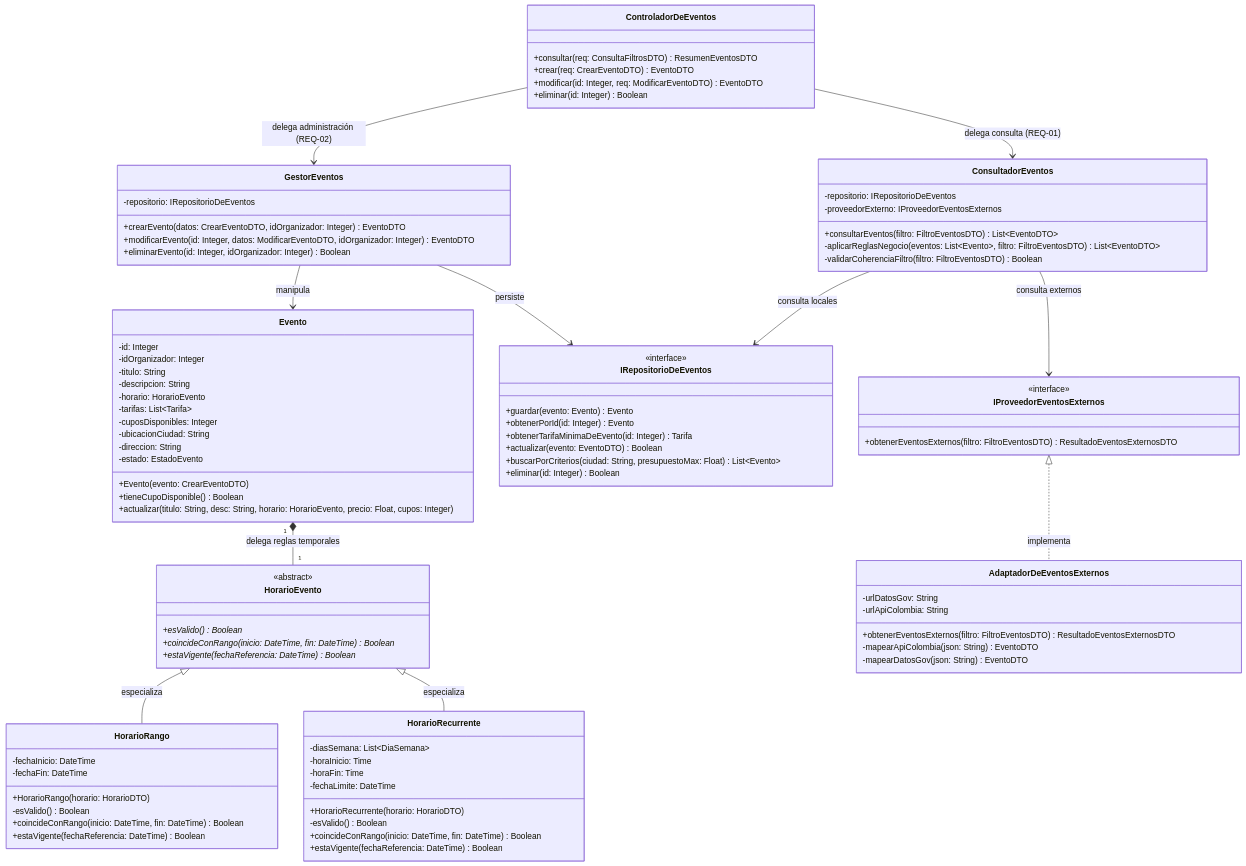
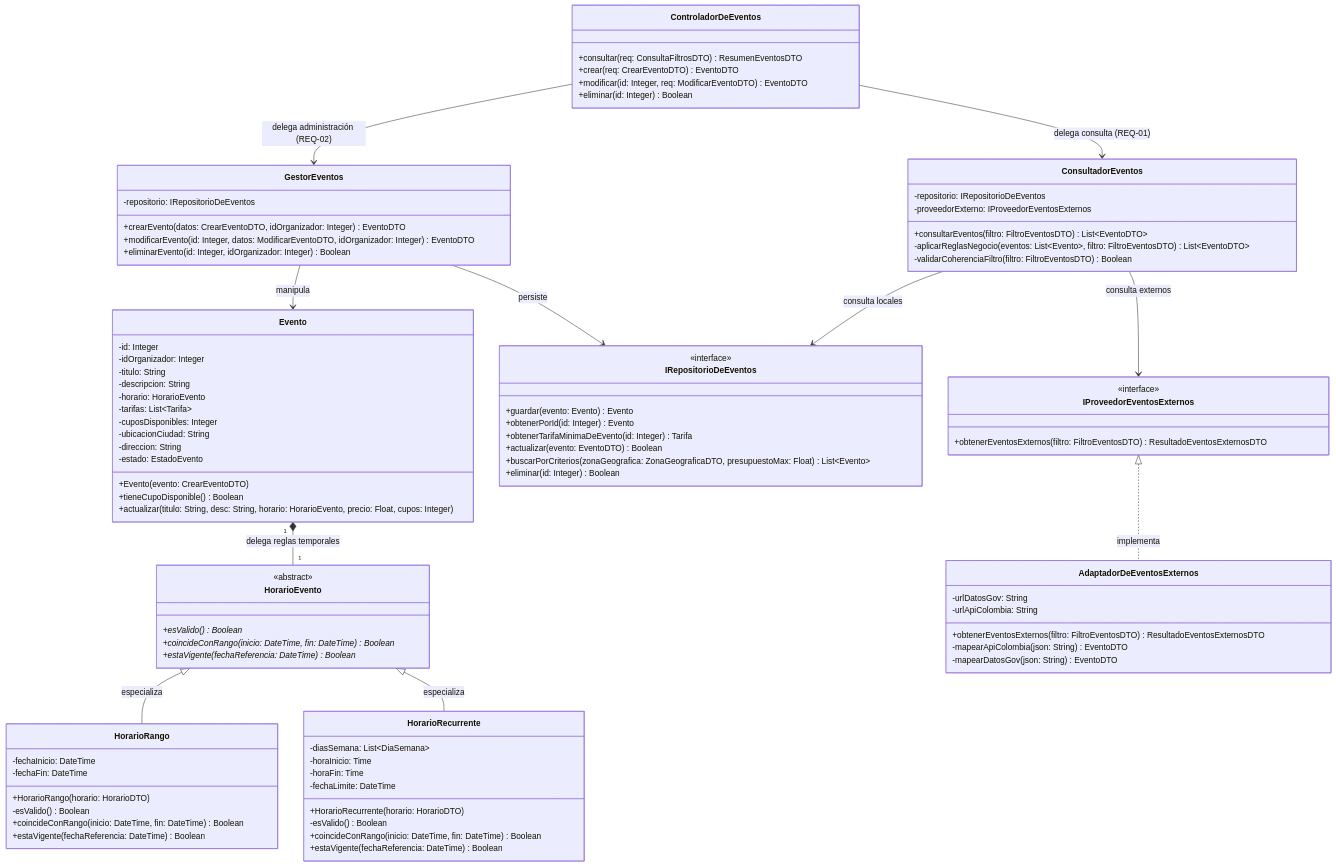
Before and after one commit to ProyectPlanning/Sistema_de_eventos: the second of 3 diagrams in Docs/Design/Diseño Arquitectónico detallado 01.md, drawn with Mermaid.

Commit message:
Update buscarPorCriterios method signature

```diff
--- a/Docs/Design/Diseño Arquitectónico detallado 01.md
+++ b/Docs/Design/Diseño Arquitectónico detallado 01.md
@@ -212,7 +212,7 @@
         +obtenerPorId(id: Integer) Evento
         +obtenerTarifaMinimaDeEvento(id: Integer) Tarifa
         +actualizar(evento: EventoDTO) Boolean
-        +buscarPorCriterios(ciudad: String, presupuestoMax: Float) List~Evento~
+        +buscarPorCriterios(zonaGeografica: ZonaGeograficaDTO, presupuestoMax: Float) List~Evento~
         +eliminar(id: Integer) Boolean
     }
 
```
